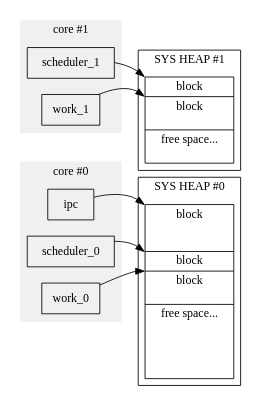
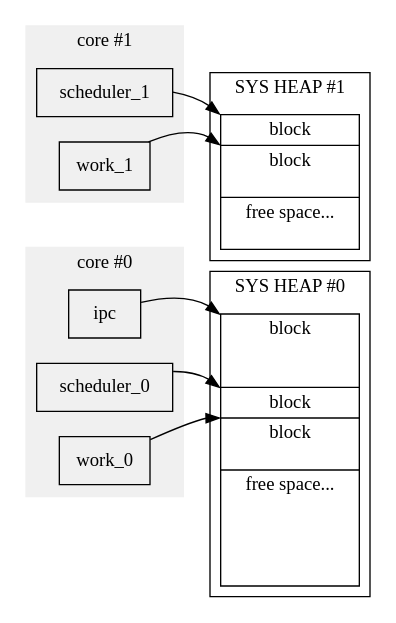
Before and after one commit to thesofproject/sof-docs: the diagram in developer_guides/firmware/images/system-zone.dot, drawn with Graphviz. The commit also changed 2 other files, not shown here.

Commit message:
Adjust size in memory management dot files to render properly

```diff
--- a/developer_guides/firmware/images/system-zone.dot
+++ b/developer_guides/firmware/images/system-zone.dot
@@ -1,49 +1,49 @@
 digraph system_zone {
    compound = true;
    node [shape = record];
    rankdir = LR;
-   size=4;
+   size=7;
 
    subgraph cluster_sys_0 {
       label = "SYS HEAP #0";
 
       s0 [label = "<b0>block\n\n\n
                      |<b1>block
                      |<b2>block\n\n
                      |<free>free space...\n\n\n\n\n"];
    }
 
    subgraph cluster_sys_1 {
       label = "SYS HEAP #1";
 
       s1 [label = "<b0>block
                      |<b1>block\n\n
                      |<free>free space...\n\n"];
    }
 
    subgraph cluster_core_0 {
       style = filled;
       color = "#f0f0f0";
       label = "core #0";
 
       ipc;
       scheduler_0;
       work_0;
    }
 
    subgraph cluster_core_1 {
       style = filled;
       color = "#f0f0f0";
       label = "core #1";
 
       scheduler_1;
       work_1;
    }
 
    ipc -> s0:b0:nw;
    scheduler_0 -> s0:b1:nw;
    work_0 -> s0:b2:nw;
 
    scheduler_1 -> s1:b0:nw;
    work_1 -> s1:b1:nw;
 }
```
